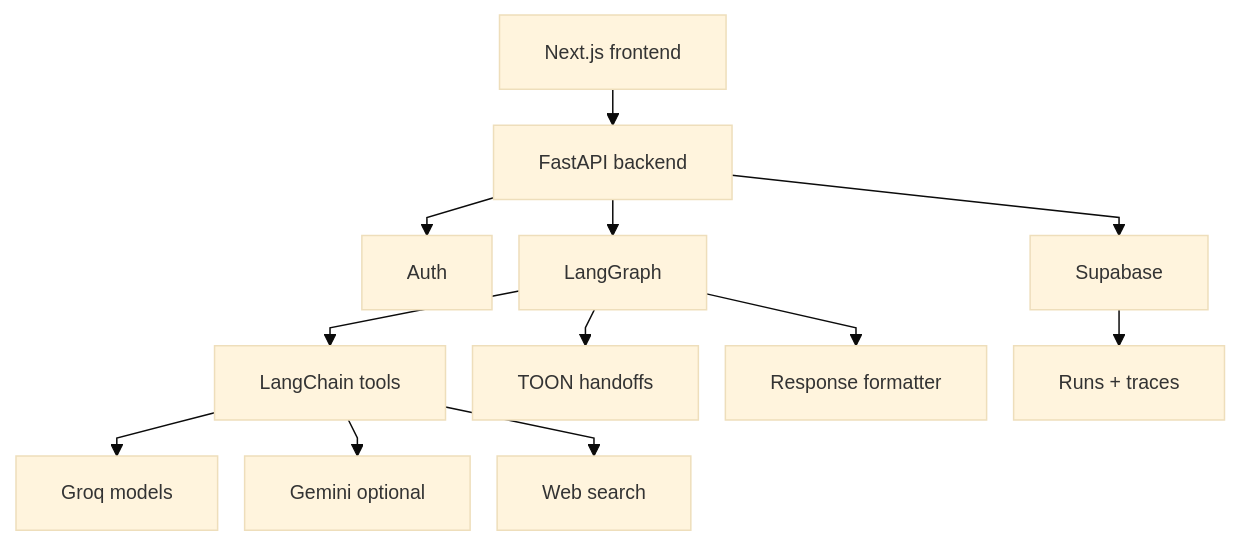
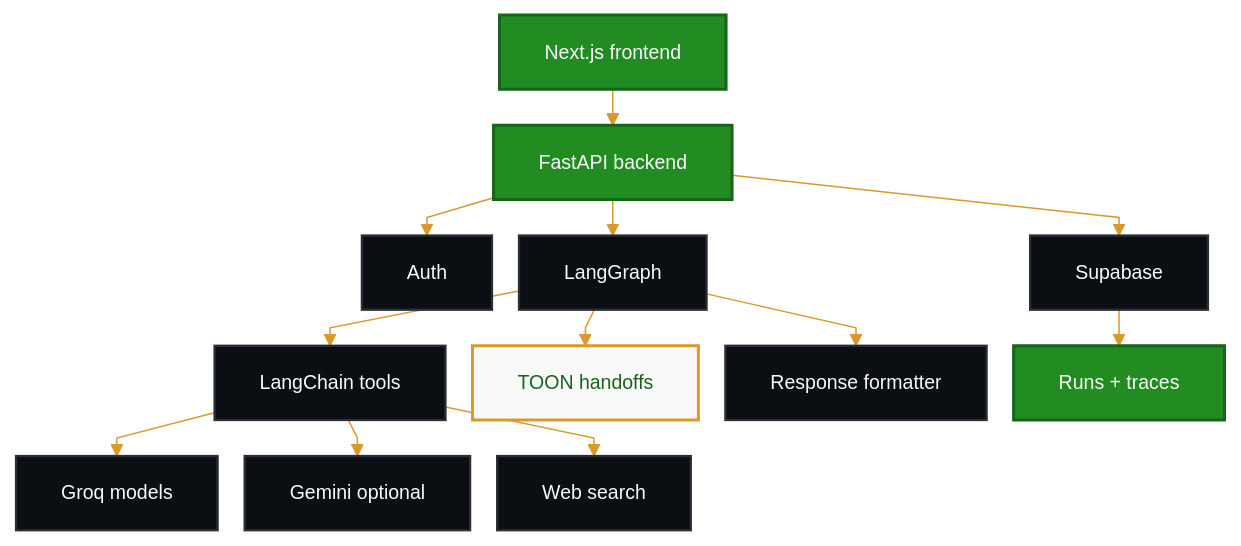
One commit to Hassaan146/agentic-ai-workflow changed the ninth of 10 diagrams in docs/diagrams.md. Above: the diagram before and after it, drawn with Mermaid. The commit also changed other lines of this file, not shown here.

Commit message:
Apply dark luxury Mermaid theme

````diff
--- a/docs/diagrams.md
+++ b/docs/diagrams.md
@@ -205,15 +269,23 @@
 ```mermaid
-%%{init: {'theme': 'base', 'flowchart': {'nodeSpacing': 18, 'rankSpacing': 24, 'curve': 'linear'}, 'themeVariables': {'fontSize': '13px'}}}%%
+%%{init: {'theme': 'base', 'flowchart': {'nodeSpacing': 18, 'rankSpacing': 24, 'curve': 'linear'}, 'themeVariables': {'fontSize': '13px', 'primaryColor': '#228B22', 'primaryTextColor': '#F9F9F9', 'primaryBorderColor': '#16651A', 'lineColor': '#D99A2B', 'secondaryColor': '#F9F9F9', 'secondaryTextColor': '#101418', 'secondaryBorderColor': '#D99A2B', 'tertiaryColor': '#0B0F14', 'tertiaryTextColor': '#F9F9F9', 'tertiaryBorderColor': '#2A2F36', 'background': '#070B10', 'mainBkg': '#228B22', 'secondBkg': '#F9F9F9', 'textColor': '#F9F9F9', 'edgeLabelBackground': '#0B0F14'}}}%%
 flowchart TD
     A["Next.js frontend"] --> B["FastAPI backend"]
     B --> C["Auth"]
     B --> D["Supabase"]
     B --> E["LangGraph"]
     E --> F["LangChain tools"]
     F --> G["Groq models"]
     F --> H["Gemini optional"]
     F --> I["Web search"]
     E --> J["TOON handoffs"]
     E --> K["Response formatter"]
     D --> L["Runs + traces"]
+
+    classDef primary fill:#228B22,stroke:#16651A,color:#F9F9F9,stroke-width:2px;
+    classDef dark fill:#0B0F14,stroke:#2A2F36,color:#F9F9F9,stroke-width:1.5px;
+    classDef toon fill:#F9F9F9,stroke:#D99A2B,color:#16651A,stroke-width:2px;
+    classDef decision fill:#F9F9F9,stroke:#D99A2B,color:#101418,stroke-width:2px;
+    class A,B,L primary;
+    class C,D,E,F,G,H,I,K dark;
+    class J toon;
 ```
````
